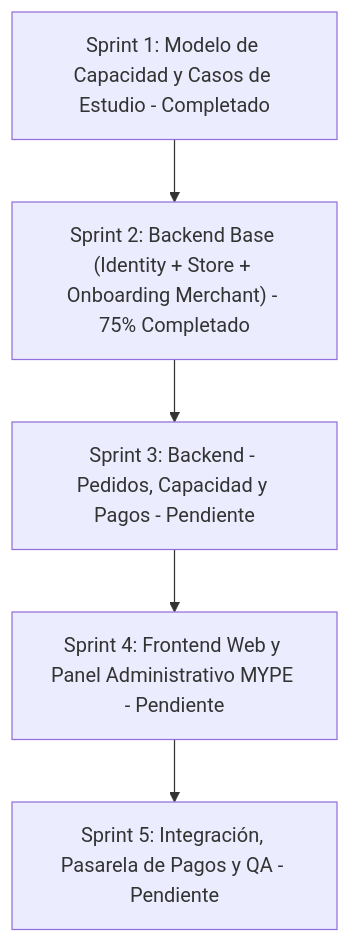
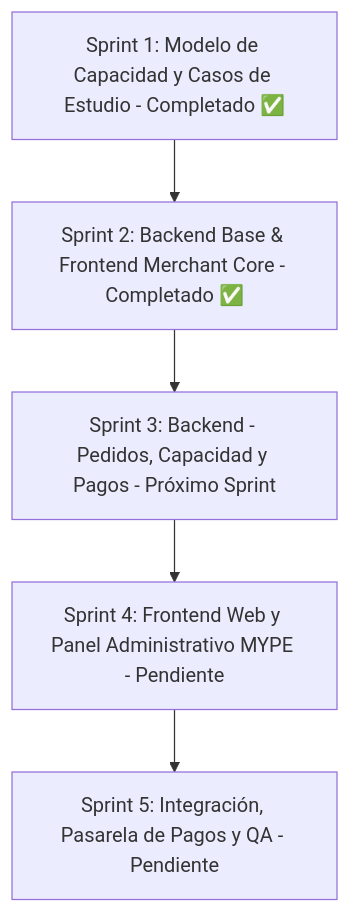
Before and after one commit to iJosueeh/jaldishop: the second of 2 diagrams in README.md, drawn with Mermaid. The commit also changed other lines of this file and 14 other files, not shown here.

Commit message:
feat: modulo de profile completado en el frontend junto al readme.md actualizado

````diff
--- a/README.md
+++ b/README.md
@@ -113,10 +114,10 @@
 ```mermaid
 flowchart TD
-    S1["Sprint 1: Modelo de Capacidad y Casos de Estudio - Completado"]
-    S2["Sprint 2: Backend Base (Identity + Store + Onboarding Merchant) - 75% Completado"]
-    S3["Sprint 3: Backend - Pedidos, Capacidad y Pagos - Pendiente"]
+    S1["Sprint 1: Modelo de Capacidad y Casos de Estudio - Completado ✅"]
+    S2["Sprint 2: Backend Base & Frontend Merchant Core - Completado ✅"]
+    S3["Sprint 3: Backend - Pedidos, Capacidad y Pagos - Próximo Sprint"]
     S4["Sprint 4: Frontend Web y Panel Administrativo MYPE - Pendiente"]
     S5["Sprint 5: Integración, Pasarela de Pagos y QA - Pendiente"]
 
     S1 --> S2 --> S3 --> S4 --> S5
 ```
````
